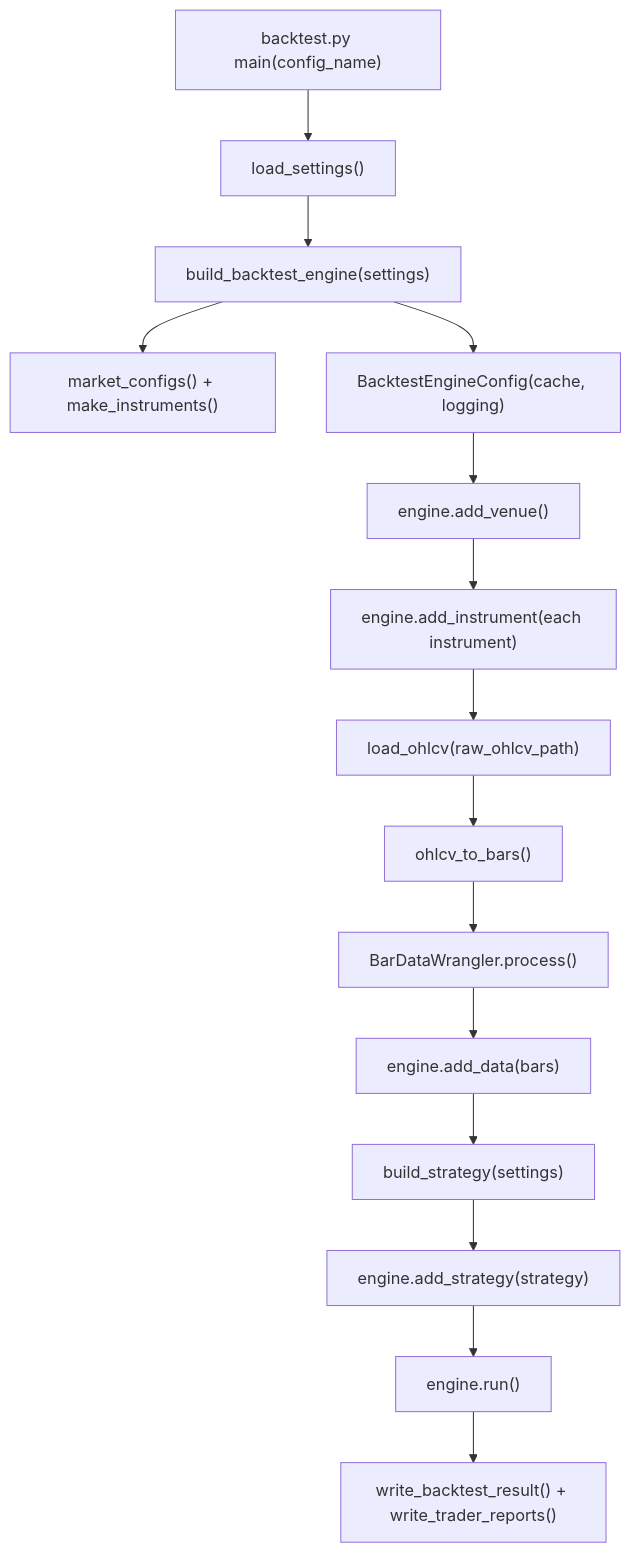
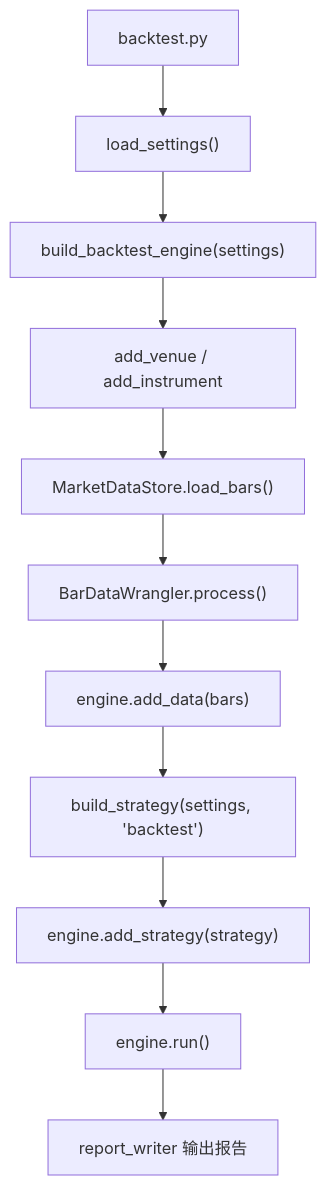
One commit to dragon-vic/mytrader changed the second of 3 diagrams in PROJECT_LOGIC_AND_ROADMAP.md. Above: the diagram before and after it, drawn with Mermaid. The commit also changed other lines of this file and 24 other files, not shown here.

````diff
--- a/PROJECT_LOGIC_AND_ROADMAP.md
+++ b/PROJECT_LOGIC_AND_ROADMAP.md
@@ -137,17 +113,13 @@
 ```mermaid
 flowchart TD
-    A["backtest.py main(config_name)"] --> B["load_settings()"]
-    B --> C["build_backtest_engine(settings)"]
-    C --> D["market_configs() + make_instruments()"]
-    C --> E["BacktestEngineConfig(cache, logging)"]
-    E --> F["engine.add_venue()"]
-    F --> G["engine.add_instrument(each instrument)"]
-    G --> H["load_ohlcv(raw_ohlcv_path)"]
-    H --> I["ohlcv_to_bars()"]
-    I --> J["BarDataWrangler.process()"]
-    J --> K["engine.add_data(bars)"]
-    K --> L["build_strategy(settings)"]
-    L --> M["engine.add_strategy(strategy)"]
-    M --> N["engine.run()"]
-    N --> O["write_backtest_result() + write_trader_reports()"]
+  A["backtest.py"] --> B["load_settings()"]
+  B --> C["build_backtest_engine(settings)"]
+  C --> D["add_venue / add_instrument"]
+  D --> E["MarketDataStore.load_bars()"]
+  E --> F["BarDataWrangler.process()"]
+  F --> G["engine.add_data(bars)"]
+  G --> H["build_strategy(settings, 'backtest')"]
+  H --> I["engine.add_strategy(strategy)"]
+  I --> J["engine.run()"]
+  J --> K["report_writer 输出报告"]
 ```
````
